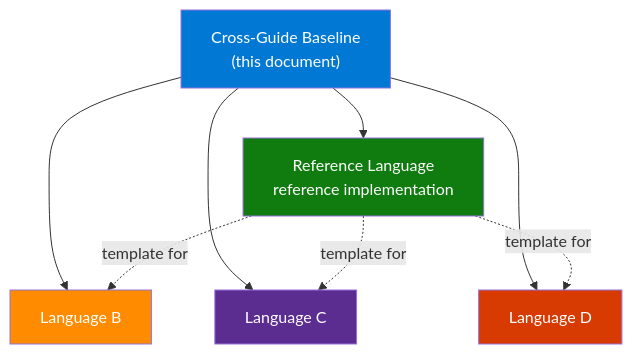
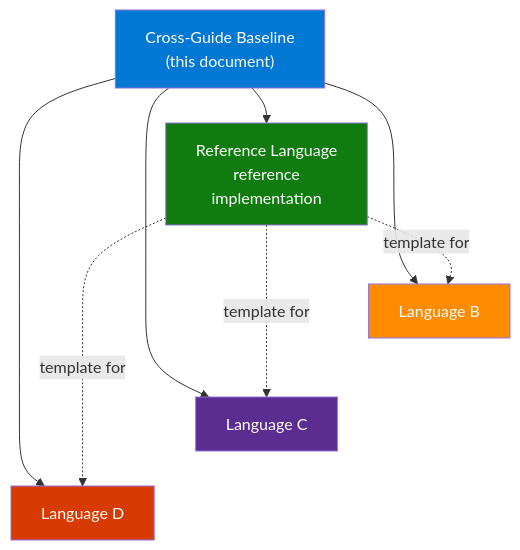
One commit to yeongseon/azure-functions-practical-guide changed the diagram in docs/contributing/cross-guide-baseline.md. Above: the diagram before and after it, drawn with Mermaid. The commit also changed 1 other file, not shown here.

Commit message:
docs(diagrams): improve cross-guide baseline flow readability (#463)
Retain all baseline and reference-template relationships while tiering the
language guides for narrow viewports and adding accessible metadata.

Refs #289

````diff
--- a/docs/contributing/cross-guide-baseline.md
+++ b/docs/contributing/cross-guide-baseline.md
@@ -28,18 +28,25 @@
 ```mermaid
+%%{init: {'flowchart': {'nodeSpacing': 20, 'rankSpacing': 35}}}%%
 flowchart TD
+    accTitle: Shared baseline and reference language guides
+    accDescr: The cross-guide baseline informs the reference language and Languages B, C and D. The reference language also provides a template for each of those three guides.
     Baseline["Cross-Guide Baseline<br/>(this document)"]
-    Baseline --> ReferenceLanguage["Reference Language<br/>reference implementation"]
+    Baseline --> ReferenceLanguage["Reference Language<br/>reference<br/>implementation"]
     Baseline --> LanguageB["Language B"]
     Baseline --> LanguageC["Language C"]
     Baseline --> LanguageD["Language D"]
 
     ReferenceLanguage -.->|template for| LanguageB
     ReferenceLanguage -.->|template for| LanguageC
     ReferenceLanguage -.->|template for| LanguageD
 
+    %% Layout-only links tier the guides; they add no stages or semantic arrows.
+    LanguageB ~~~ LanguageC
+    LanguageC ~~~ LanguageD
+
     style Baseline fill:#0078d4,color:#fff
     style ReferenceLanguage fill:#107c10,color:#fff
     style LanguageB fill:#ff8c00,color:#fff
     style LanguageC fill:#5c2d91,color:#fff
     style LanguageD fill:#d83b01,color:#fff
 ```
````
